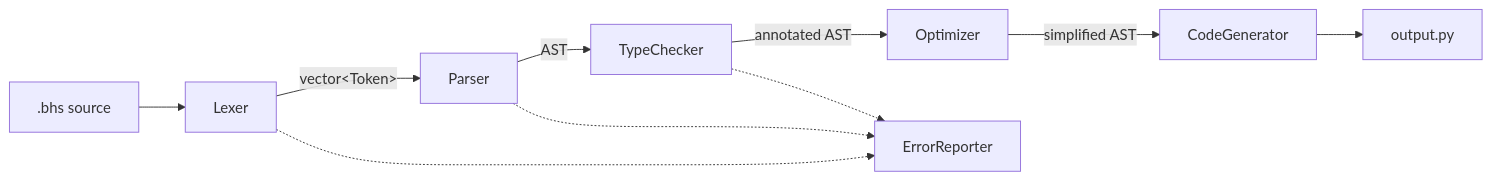
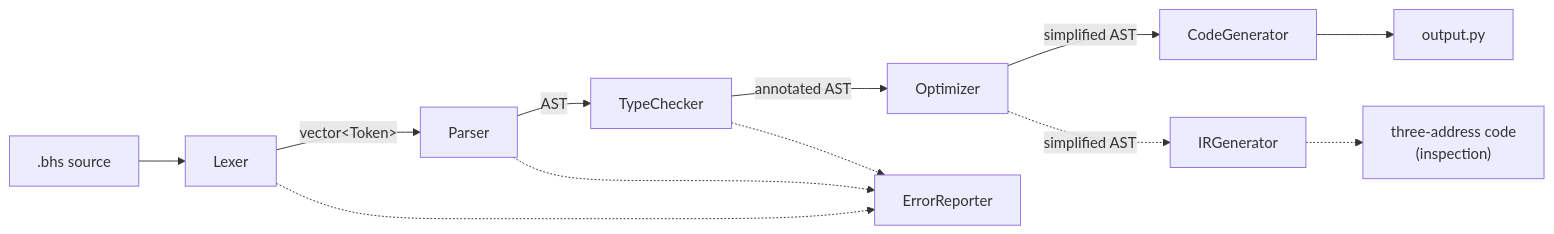
One commit to Maheru-Mariam/bangla-compiler-program changed the first of 9 diagrams in docs/architecture.md. Above: the diagram before and after it, drawn with Mermaid. The commit also changed other lines of this file and 6 other files, not shown here.

Commit message:
Add three-address code generation stage and update architecture docs

````diff
--- a/docs/architecture.md
+++ b/docs/architecture.md
@@ -37,12 +38,14 @@
 ```mermaid
 flowchart LR
     SRC[".bhs source"] --> LEX[Lexer]
     LEX -->|"vector&lt;Token&gt;"| PAR[Parser]
     PAR -->|AST| TC[TypeChecker]
     TC -->|"annotated AST"| OPT[Optimizer]
     OPT -->|"simplified AST"| CG[CodeGenerator]
+    OPT -.->|"simplified AST"| IR[IRGenerator]
+    IR -.-> TAC["three-address code<br/>(inspection)"]
     CG --> OUT["output.py"]
     LEX -.-> ER[ErrorReporter]
     PAR -.-> ER
     TC -.-> ER
 ```
````
